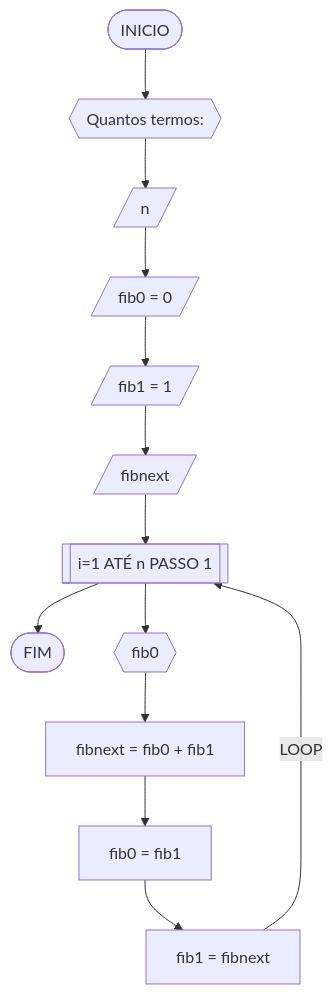
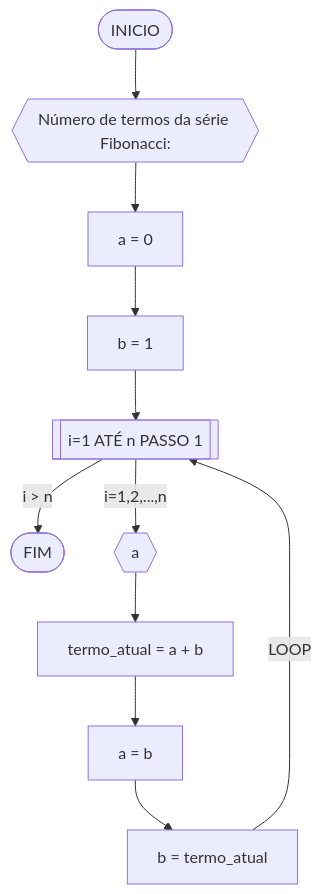
One commit to AlissonFT2/unifor changed the sixth of 7 diagrams in RLA/unidade1/AD1.md. Above: the diagram before and after it, drawn with Mermaid. The commit also changed other lines of this file, not shown here.

````diff
--- a/RLA/unidade1/AD1.md
+++ b/RLA/unidade1/AD1.md
@@ -310,15 +309,13 @@
 ```mermaid
 flowchart TD
-A([INICIO]) --> B{{Quantos termos: }}
-B --> K[/n/]
-K --> C[/fib0 = 0/]
-C --> D[/fib1 = 1/]
-D --> Z[/fibnext/]
-Z --> E[[i=1 ATÉ n PASSO 1]]
-E --> J([FIM])
-E --> F{{fib0}}
-F --> G[fibnext = fib0 + fib1]
-G --> H[fib0 = fib1]
-H --> I[fib1 = fibnext]
+A([INICIO]) --> B{{"Número de termos da série Fibonacci:"}}
+B --> C[a = 0]
+C --> D[b = 1]
+D --> E[[i=1 ATÉ n PASSO 1]]
+E --"i > n"--> J([FIM])
+E --"i=1,2,...,n"--> F{{a}}
+F --> G[termo_atual = a + b]
+G --> H[a = b]
+H --> I[b = termo_atual]
 I --LOOP--> E 
 ```
````
